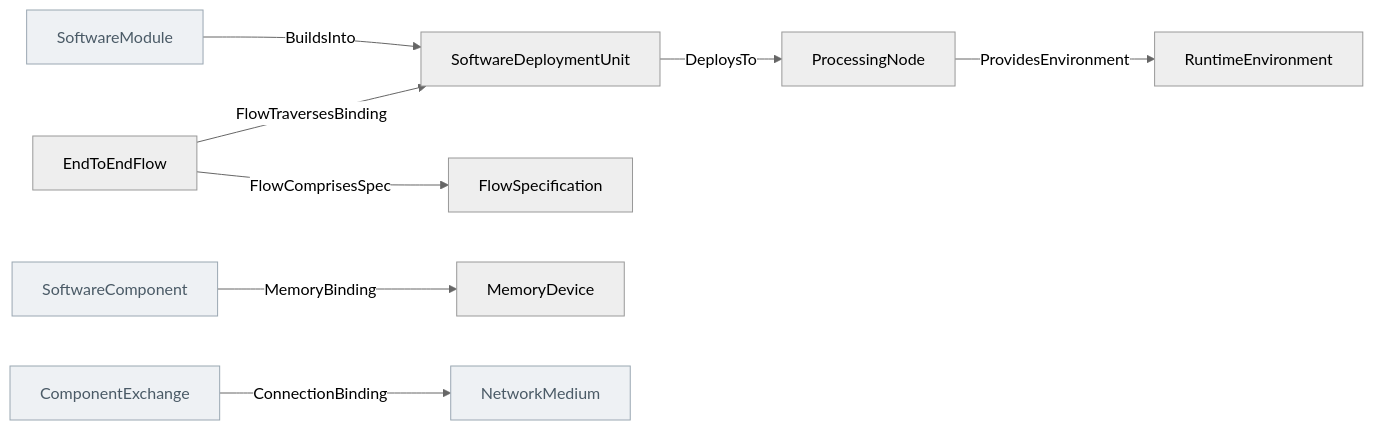
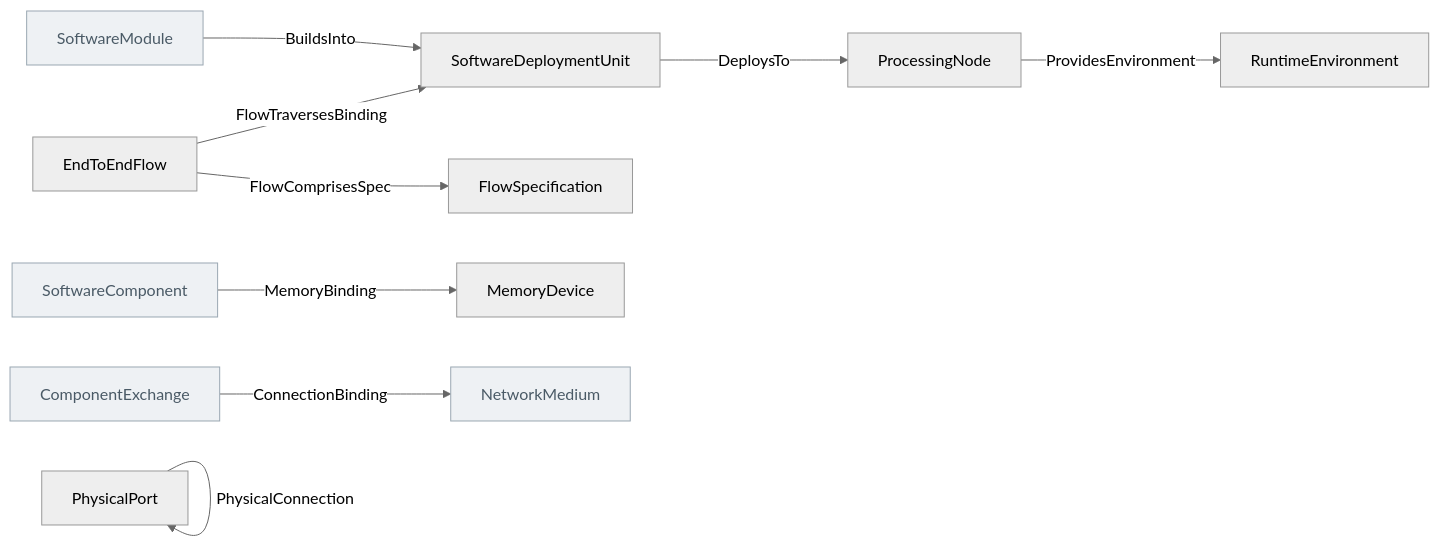
The diagram in docs/ontology/_generated/realization.md (memoarchitect/memo), drawn with Mermaid (neutral theme) before and after one commit. The commit also changed other lines of this file and 19 other files, not shown here.

````diff
--- a/docs/ontology/_generated/realization.md
+++ b/docs/ontology/_generated/realization.md
@@ -27,21 +27,23 @@
 ```mermaid
 flowchart LR
   SoftwareModule["SoftwareModule"]:::other
   SoftwareDeploymentUnit["SoftwareDeploymentUnit"]
   ProcessingNode["ProcessingNode"]
   RuntimeEnvironment["RuntimeEnvironment"]
   SoftwareComponent["SoftwareComponent"]:::other
   MemoryDevice["MemoryDevice"]
   ComponentExchange["ComponentExchange"]:::other
   NetworkMedium["NetworkMedium"]:::other
   EndToEndFlow["EndToEndFlow"]
   FlowSpecification["FlowSpecification"]
+  PhysicalPort["PhysicalPort"]
   SoftwareModule -->|BuildsInto| SoftwareDeploymentUnit
   SoftwareDeploymentUnit -->|DeploysTo| ProcessingNode
   ProcessingNode -->|ProvidesEnvironment| RuntimeEnvironment
   SoftwareComponent -->|MemoryBinding| MemoryDevice
   ComponentExchange -->|ConnectionBinding| NetworkMedium
   EndToEndFlow -->|FlowComprisesSpec| FlowSpecification
   EndToEndFlow -->|FlowTraversesBinding| SoftwareDeploymentUnit
+  PhysicalPort -->|PhysicalConnection| PhysicalPort
   classDef other fill:#eef1f4,stroke:#9aa7b2,color:#4a5a66
 ```
````
